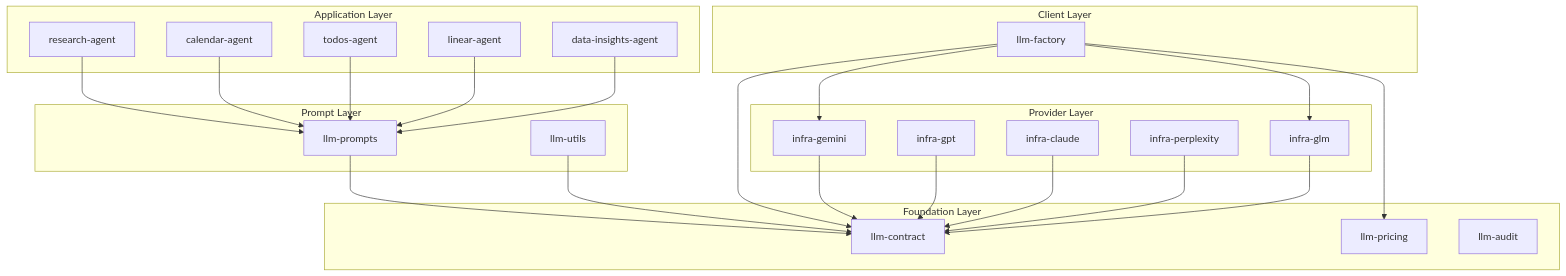
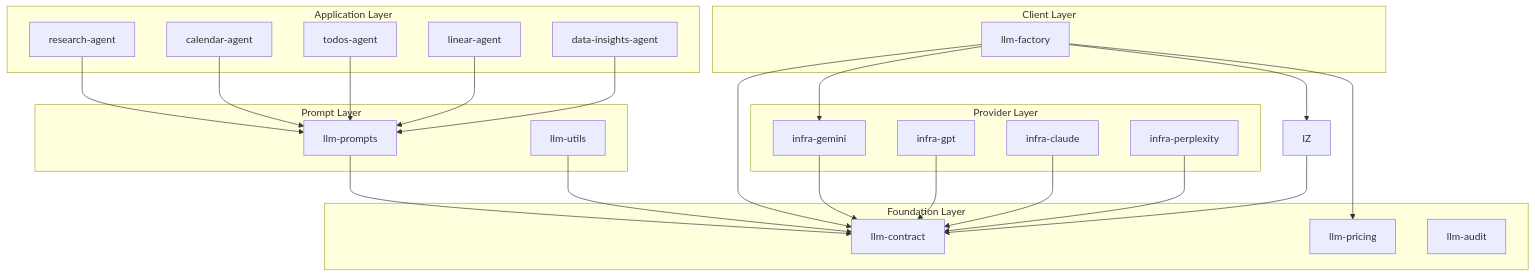
One commit to pbuchman/intexuraos changed the diagram in docs/architecture/llm-packages.md. Above: the diagram before and after it, drawn with Mermaid. The commit also changed other lines of this file and 125 other files, not shown here.

````diff
--- a/docs/architecture/llm-packages.md
+++ b/docs/architecture/llm-packages.md
@@ -11,53 +11,52 @@
 ```mermaid
 graph TB
     subgraph "Application Layer"
         RA[research-agent]
         CA[calendar-agent]
         TA[todos-agent]
         LA[linear-agent]
         DIA[data-insights-agent]
     end
 
     subgraph "Prompt Layer"
         LP[llm-prompts]
         LU[llm-utils]
     end
 
     subgraph "Client Layer"
         LF[llm-factory]
     end
 
     subgraph "Provider Layer"
         IG[infra-gemini]
         IO[infra-gpt]
         IC[infra-claude]
         IP[infra-perplexity]
-        IZ[infra-glm]
     end
 
     subgraph "Foundation Layer"
         LC[llm-contract]
         LPR[llm-pricing]
         LA2[llm-audit]
     end
 
     RA --> LP
     CA --> LP
     TA --> LP
     LA --> LP
     DIA --> LP
 
     LP --> LC
     LU --> LC
     LF --> LC
     LF --> LPR
 
     LF --> IG
     LF --> IZ
 
     IG --> LC
     IO --> LC
     IC --> LC
     IP --> LC
     IZ --> LC
 ```
````
